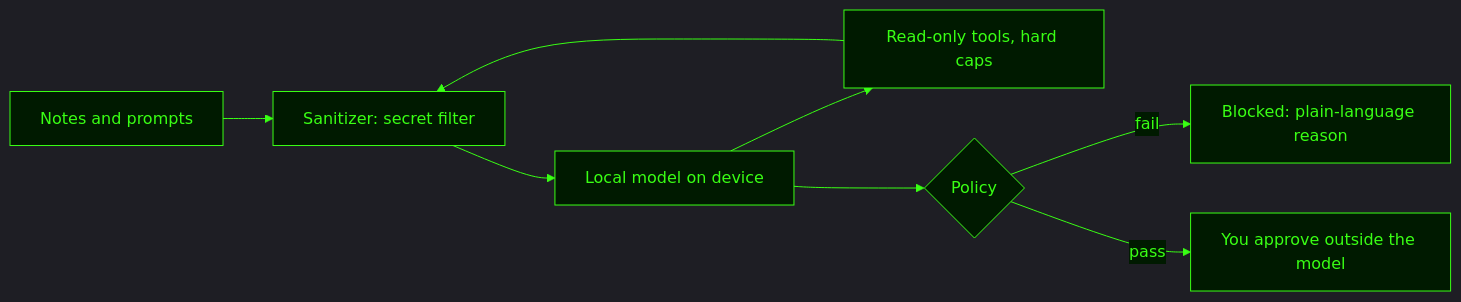
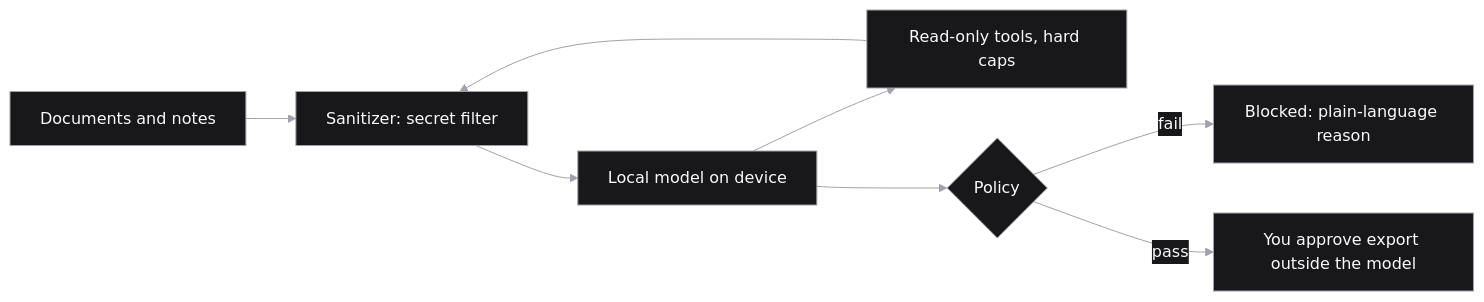
One commit to 9lordisgod/salomon changed the first of 2 diagrams in README.md. Above: the diagram before and after it, drawn with Mermaid. The commit also changed other lines of this file and 3 other files, not shown here.

````diff
--- a/README.md
+++ b/README.md
@@ -13,14 +13,14 @@
 ```mermaid
-%%{init: {'theme':'dark','themeVariables':{'dark':'#0a0a0a','background':'#0a0a0a','primaryColor':'#003b00','primaryTextColor':'#39ff14','primaryBorderColor':'#39ff14','secondaryColor':'#001a00','secondaryTextColor':'#39ff14','secondaryBorderColor':'#00ff41','tertiaryColor':'#002200','lineColor':'#39ff14','textColor':'#39ff14','mainBkg':'#001a00','nodeBorder':'#39ff14','clusterBkg':'#000000','titleColor':'#39ff14','edgeLabelBackground':'#001a00'}}}%%
+%%{init: {'theme':'base','themeVariables':{'dark':'#0a0a0a','background':'#0a0a0a','primaryColor':'#18181b','primaryTextColor':'#fafafa','primaryBorderColor':'#a1a1aa','secondaryColor':'#09090b','secondaryTextColor':'#fafafa','secondaryBorderColor':'#71717a','tertiaryColor':'#27272a','lineColor':'#a1a1aa','textColor':'#fafafa','mainBkg':'#18181b','nodeBorder':'#a1a1aa','clusterBkg':'#000000','titleColor':'#fafafa','edgeLabelBackground':'#18181b'}}}%%
 flowchart LR
-  A[Notes and prompts] --> B[Sanitizer: secret filter]
+  A[Documents and notes] --> B[Sanitizer: secret filter]
   B --> C[Local model on device]
   C --> T[Read-only tools, hard caps]
   T --> B
   C --> P{Policy}
   P -->|fail| X[Blocked: plain-language reason]
-  P -->|pass| H[You approve outside the model]
+  P -->|pass| H[You approve export outside the model]
 
-  classDef neon fill:#001a00,stroke:#39ff14,color:#39ff14
-  class A,B,C,T,P,X,H neon
+  classDef mono fill:#18181b,stroke:#a1a1aa,color:#fafafa
+  class A,B,C,T,P,X,H mono
 ```
````
